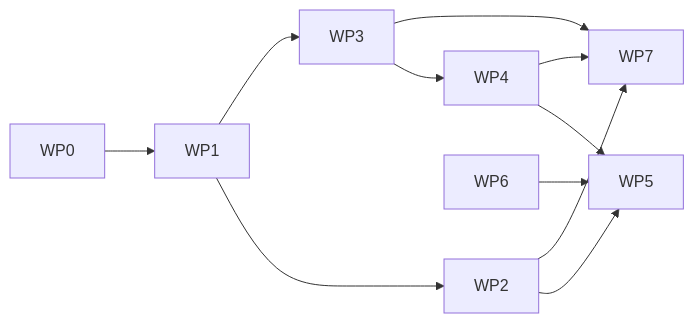
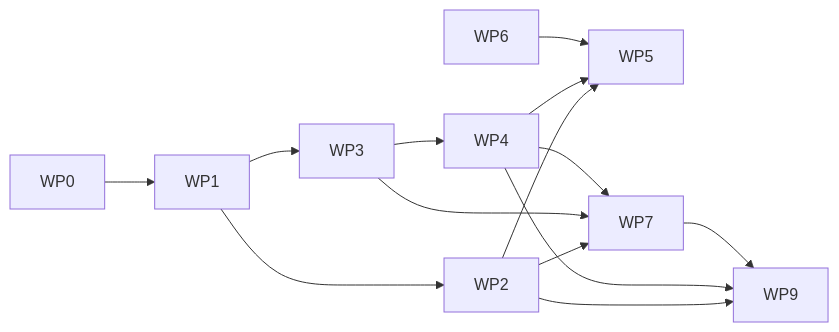
One commit to eudi-verify/eudi-verify changed the diagram in docs/PLAN.md. Above: the diagram before and after it, drawn with Mermaid. The commit also changed other lines of this file and 9 other files, not shown here.

````diff
--- a/docs/PLAN.md
+++ b/docs/PLAN.md
@@ -69,13 +75,16 @@
 ```mermaid
 flowchart LR
   WP0 --> WP1
   WP1 --> WP2
   WP1 --> WP3
   WP2 --> WP5
   WP3 --> WP4
   WP4 --> WP5
   WP6 --> WP5
   WP2 --> WP7
   WP3 --> WP7
   WP4 --> WP7
+  WP2 --> WP9
+  WP4 --> WP9
+  WP7 --> WP9
 ```
````
